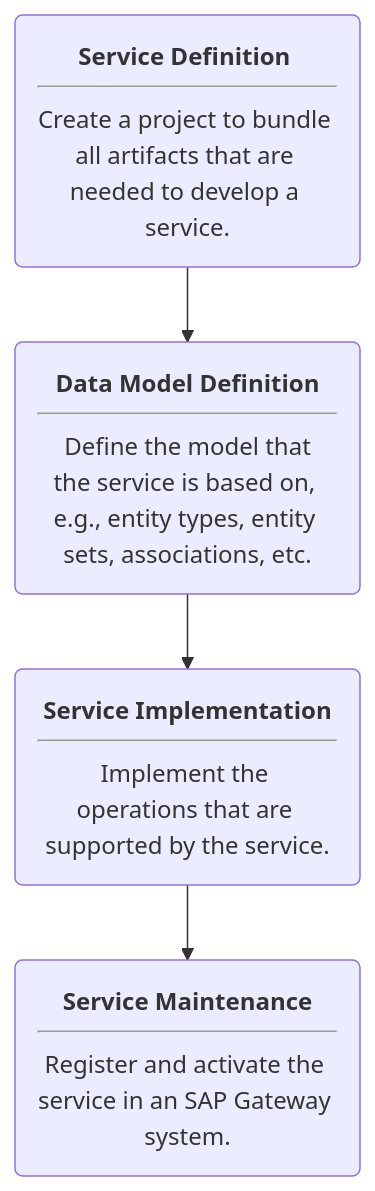
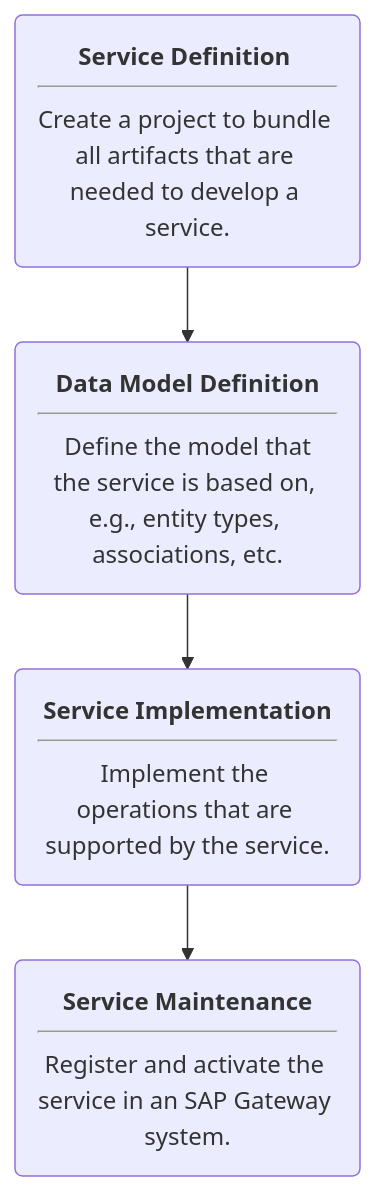
Before and after one commit to theobald-software/helpcenter.theobald-software.github.io: the diagram in projects/xtract-universal/docs/knowledge-base/create-odata-services-using-the-sap-gateway-builder.md, drawn with Mermaid.

````diff
--- a/projects/xtract-universal/docs/knowledge-base/create-odata-services-using-the-sap-gateway-builder.md
+++ b/projects/xtract-universal/docs/knowledge-base/create-odata-services-using-the-sap-gateway-builder.md
@@ -27,6 +27,6 @@
 ``` mermaid
 graph TD
-  A(<b>Service Definition</b> <br><hr>Create a project to bundle all artifacts that are needed to develop a service.) --> B(<b>Data Model Definition</b><br><hr> Define the model that the service is based on, e.g., entity types, entity sets, associations, etc.);
+  A(<b>Service Definition</b> <br><hr>Create a project to bundle all artifacts that are needed to develop a service.) --> B(<b>Data Model Definition</b><br><hr> Define the model that the service is based on, e.g., entity types, associations, etc.);
   B -->C(<b>Service Implementation</b><br><hr>Implement the operations that are supported by the service.);
   C --> D(<b>Service Maintenance</b><br><hr>Register and activate the service in an SAP Gateway system.);
 ```
````
